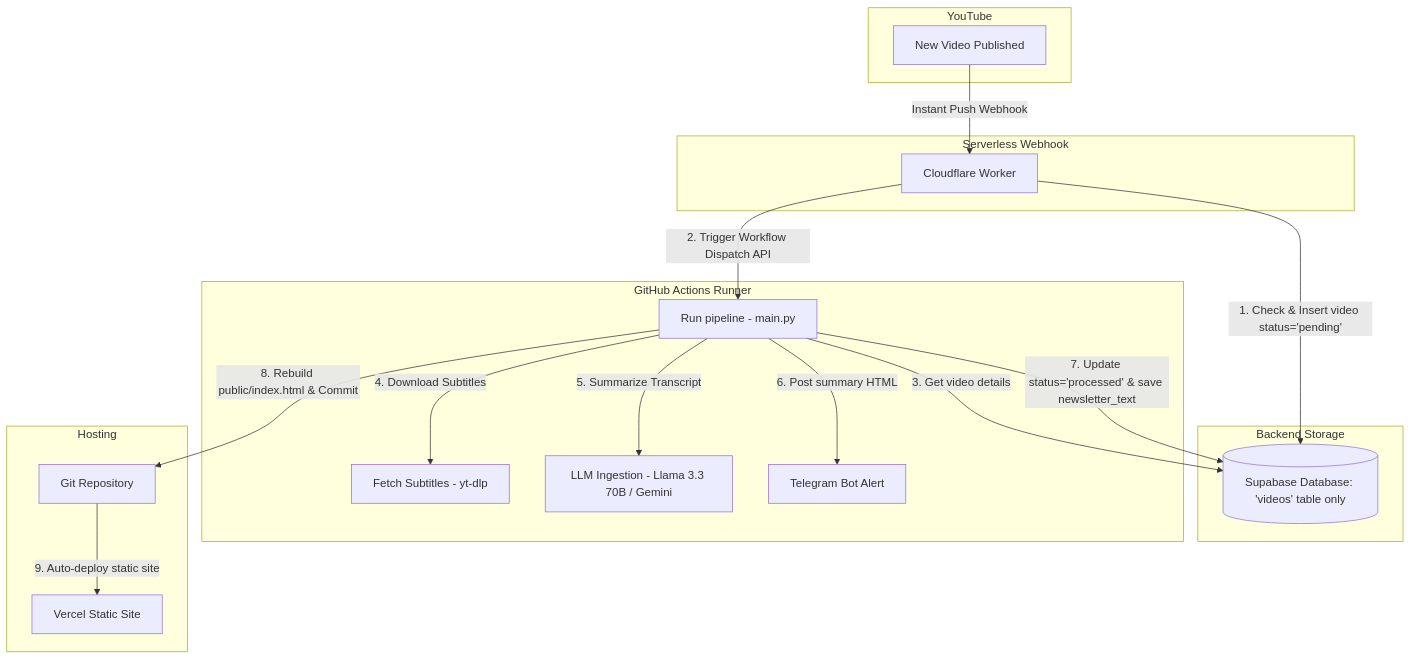
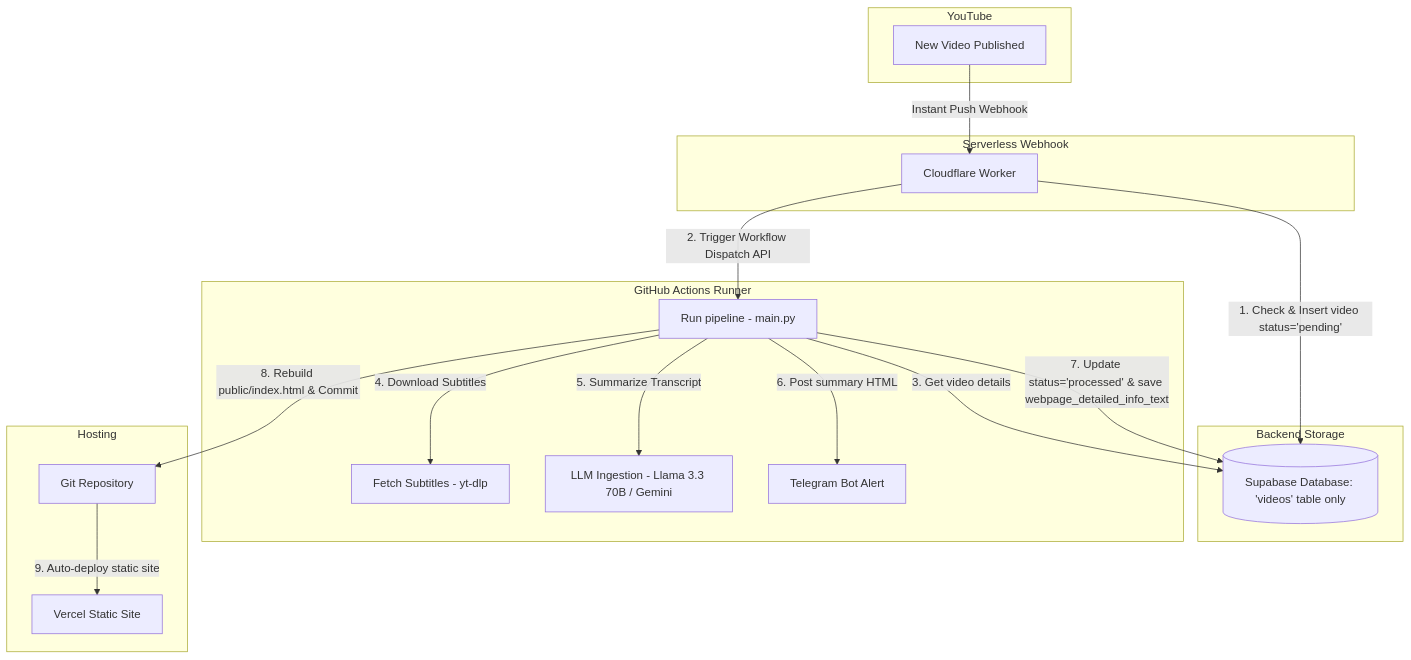
The diagram in README.md (briannoelkesuma/ai_engineer_newsletter), drawn with Mermaid before and after one commit. The commit also changed other lines of this file and 13 other files, not shown here.

````diff
--- a/README.md
+++ b/README.md
@@ -24,39 +24,39 @@
 ```mermaid
 flowchart TD
     subgraph YouTube
         A[New Video Published]
     end
 
     subgraph Serverless Webhook
         B[Cloudflare Worker]
     end
 
     subgraph Backend Storage
         C[(Supabase Database: 'videos' table only)]
     end
 
     subgraph Automation Runner [GitHub Actions Runner]
         D[Run pipeline - main.py]
         E[Fetch Subtitles - yt-dlp]
         F[LLM Ingestion - Llama 3.3 70B / Gemini]
         G[Telegram Bot Alert]
     end
 
     subgraph Hosting
         H[Git Repository]
         I[Vercel Static Site]
     end
 
     A -->|Instant Push Webhook| B
     B -->|1. Check & Insert video status='pending'| C
     B -->|2. Trigger Workflow Dispatch API| D
     
     D -->|3. Get video details| C
     D -->|4. Download Subtitles| E
     D -->|5. Summarize Transcript| F
     D -->|6. Post summary HTML| G
-    D -->|7. Update status='processed' & save newsletter_text| C
+    D -->|7. Update status='processed' & save webpage_detailed_info_text| C
     D -->|8. Rebuild public/index.html & Commit| H
     
     H -->|9. Auto-deploy static site| I
 ```
````
